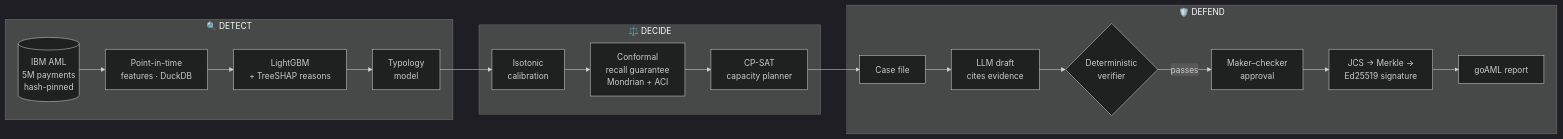
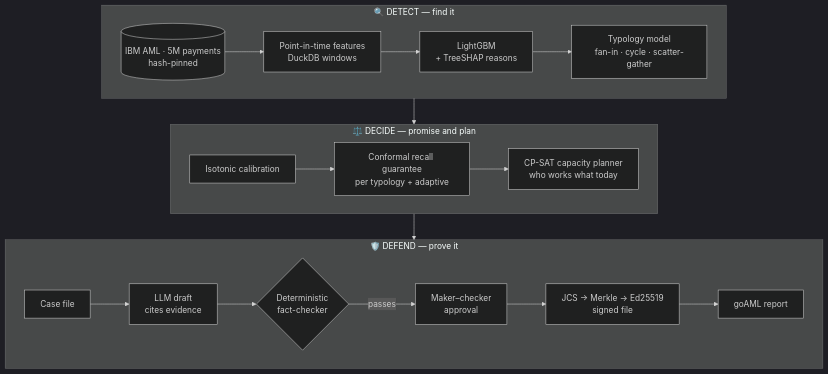
The diagram in README.md (rajmodi262/verita-v2), drawn with Mermaid (dark theme) before and after one commit.

Commit message:
docs(readme): stack the pipeline diagram as three lanes

````diff
--- a/README.md
+++ b/README.md
@@ -175,21 +175,16 @@
 ```mermaid
-flowchart LR
-    subgraph DETECT["🔍 DETECT"]
-        A[(IBM AML<br/>5M payments<br/>hash-pinned)] --> B[Point-in-time<br/>features · DuckDB]
-        B --> C[LightGBM<br/>+ TreeSHAP reasons]
-        C --> D[Typology<br/>model]
+flowchart TB
+    subgraph DETECT["🔍 DETECT — find it"]
+        direction LR
+        A[(IBM AML · 5M payments<br/>hash-pinned)] --> B[Point-in-time features<br/>DuckDB windows] --> C[LightGBM<br/>+ TreeSHAP reasons] --> D[Typology model<br/>fan-in · cycle · scatter-gather]
     end
-    subgraph DECIDE["⚖️ DECIDE"]
-        E[Isotonic<br/>calibration] --> F[Conformal<br/>recall guarantee<br/>Mondrian + ACI]
-        F --> G[CP-SAT<br/>capacity planner]
+    subgraph DECIDE["⚖️ DECIDE — promise and plan"]
+        direction LR
+        E[Isotonic calibration] --> F[Conformal recall guarantee<br/>per typology + adaptive] --> G[CP-SAT capacity planner<br/>who works what today]
     end
-    subgraph DEFEND["🛡️ DEFEND"]
-        H[Case file] --> I[LLM draft<br/>cites evidence]
-        I --> J{Deterministic<br/>verifier}
-        J -->|passes| K[Maker–checker<br/>approval]
-        K --> L[JCS → Merkle →<br/>Ed25519 signature]
-        L --> M[goAML report]
+    subgraph DEFEND["🛡️ DEFEND — prove it"]
+        direction LR
+        H[Case file] --> I[LLM draft<br/>cites evidence] --> J{Deterministic<br/>fact-checker} -->|passes| K[Maker–checker<br/>approval] --> L[JCS → Merkle → Ed25519<br/>signed file] --> M[goAML report]
     end
-    D --> E
-    G --> H
+    DETECT --> DECIDE --> DEFEND
 ```
````
